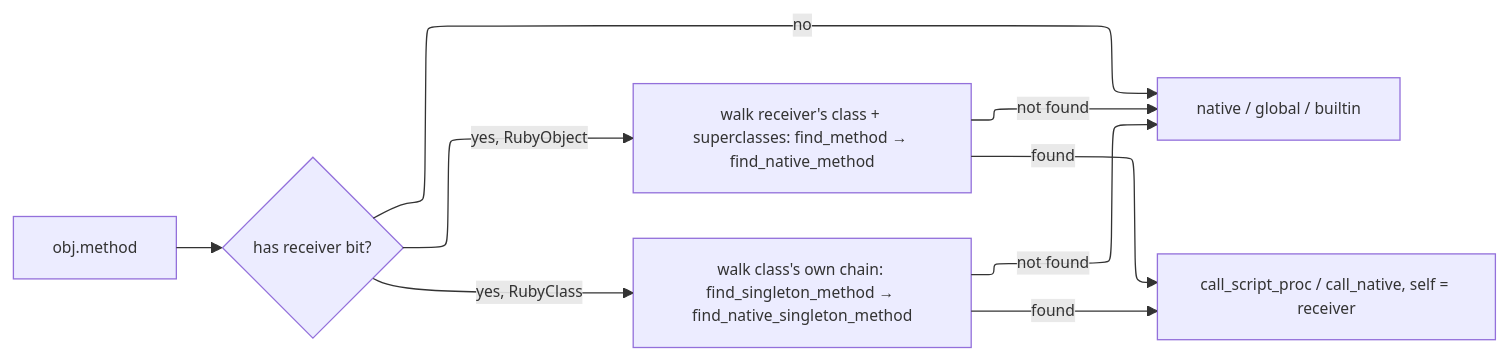
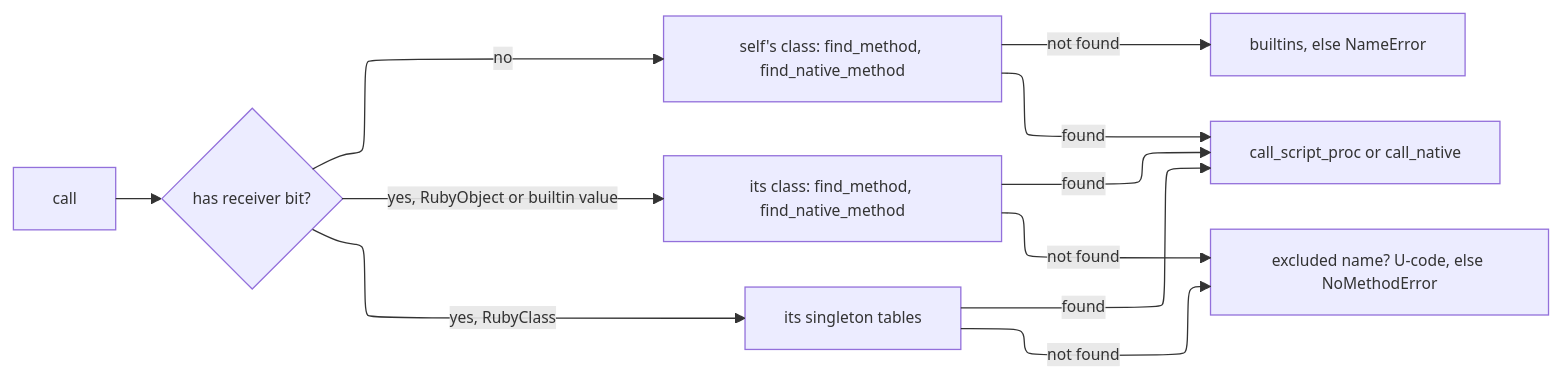
One commit to ModelArmy/adjutant.cr changed the fifth of 11 diagrams in DEVELOPMENT.md. Above: the diagram before and after it, drawn with Mermaid. The commit also changed other lines of this file and 102 other files, not shown here.

````diff
--- a/DEVELOPMENT.md
+++ b/DEVELOPMENT.md
@@ -433,18 +256,20 @@
 ```mermaid
 ---
 displayMode: compact
 config:
   layout: elk
   themeVariables:
     fontSize: 12px
 ---
 flowchart LR
-    A[obj.method] --> B{has receiver bit?}
-    B -->|no| C[native / global / builtin]
-    B -->|yes, RubyObject| D[walk receiver's class + superclasses: find_method → find_native_method]
-    B -->|yes, RubyClass| F[walk class's own chain: find_singleton_method → find_native_singleton_method]
-    D -->|found| E[call_script_proc / call_native, self = receiver]
-    D -->|not found| C
+    A[call] --> B{has receiver bit?}
+    B -->|no| S[self's class: find_method, find_native_method]
+    B -->|yes, RubyObject or builtin value| D[its class: find_method, find_native_method]
+    B -->|yes, RubyClass| F[its singleton tables]
+    S -->|not found| C[builtins, else NameError]
+    D -->|found| E[call_script_proc or call_native]
     F -->|found| E
-    F -->|not found| C
+    S -->|found| E
+    D -->|not found| X[excluded name? U-code, else NoMethodError]
+    F -->|not found| X
 ```
````
